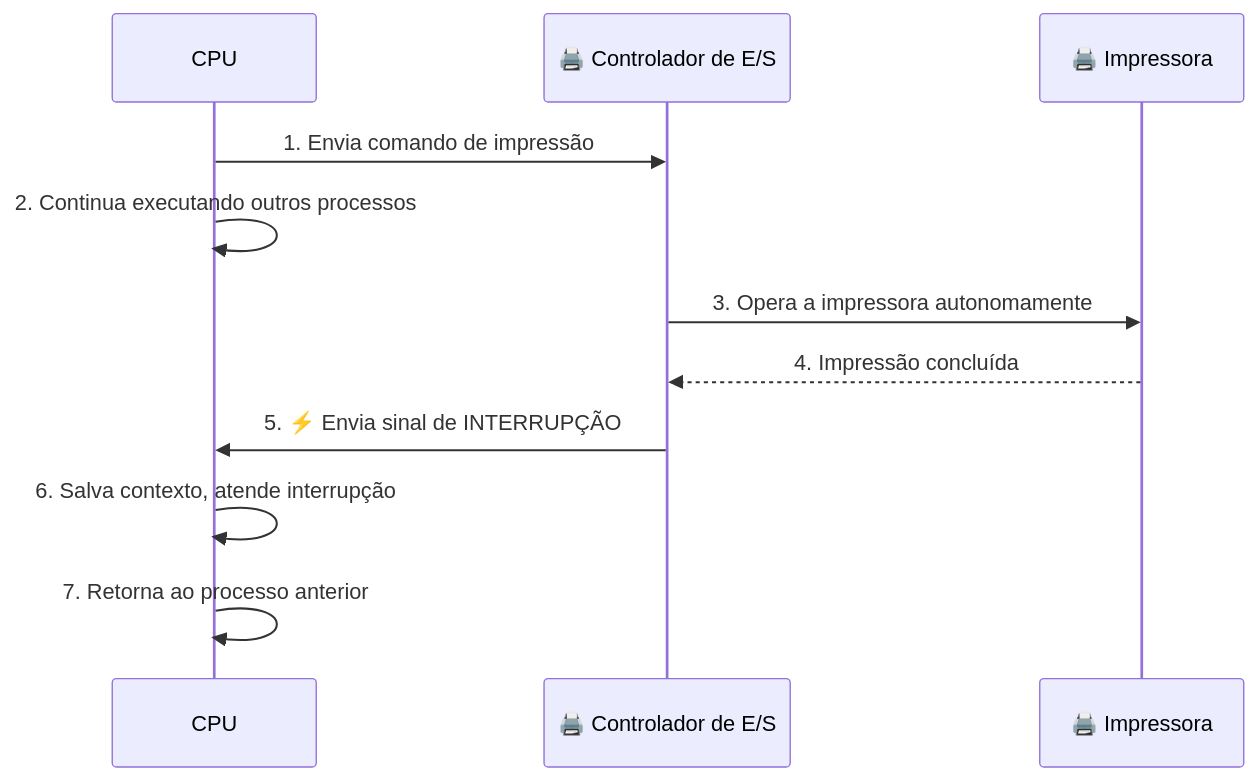
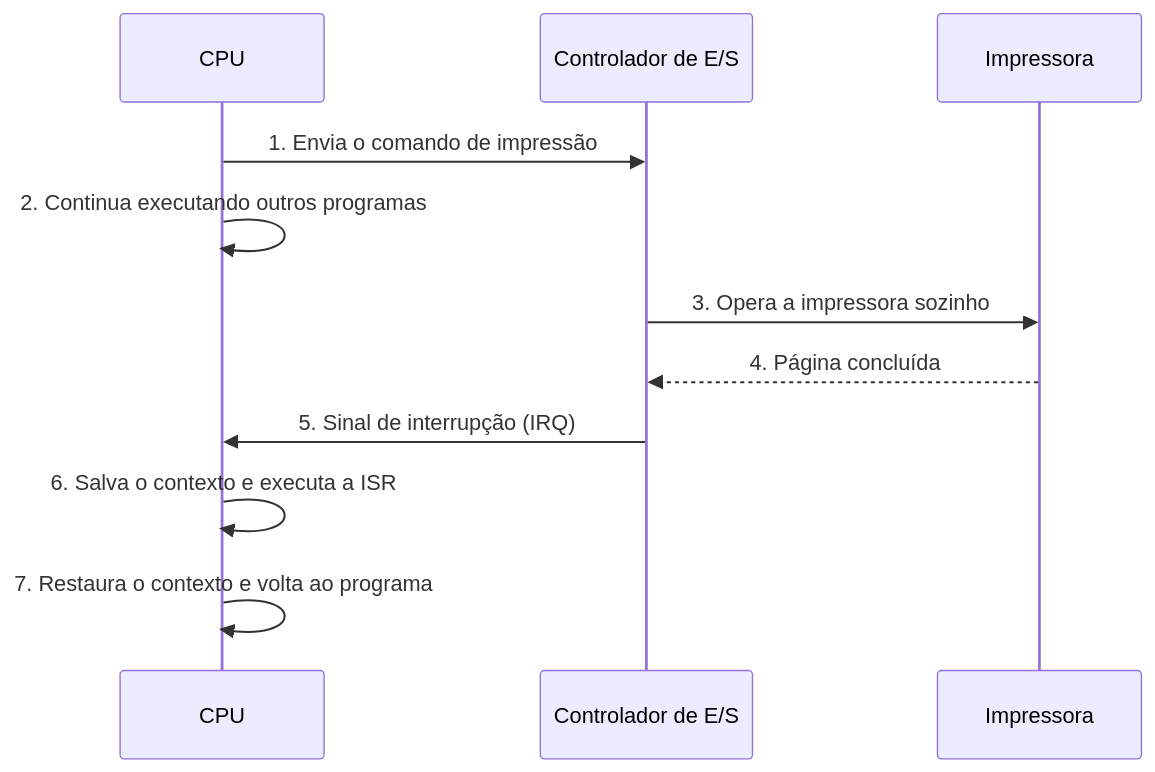
The diagram in content/Aula 09 - Mecanismos de Entrada e Saida.md (rofilho/arquitetura), drawn with Mermaid before and after one commit. The commit also changed other lines of this file and 3 other files, not shown here.

````diff
--- a/content/Aula 09 - Mecanismos de Entrada e Saida.md
+++ b/content/Aula 09 - Mecanismos de Entrada e Saida.md
@@ -99,14 +210,14 @@
 ```mermaid
 sequenceDiagram
     participant CPU
-    participant Controlador as 🖨️ Controlador de E/S
-    participant Dispositivo as 🖨️ Impressora
+    participant Controlador as Controlador de E/S
+    participant Dispositivo as Impressora
 
-    CPU->>Controlador: 1. Envia comando de impressão
-    CPU->>CPU: 2. Continua executando outros processos
-    Controlador->>Dispositivo: 3. Opera a impressora autonomamente
-    Dispositivo-->>Controlador: 4. Impressão concluída
-    Controlador->>CPU: 5. ⚡ Envia sinal de INTERRUPÇÃO
-    CPU->>CPU: 6. Salva contexto, atende interrupção
-    CPU->>CPU: 7. Retorna ao processo anterior
+    CPU->>Controlador: 1. Envia o comando de impressão
+    CPU->>CPU: 2. Continua executando outros programas
+    Controlador->>Dispositivo: 3. Opera a impressora sozinho
+    Dispositivo-->>Controlador: 4. Página concluída
+    Controlador->>CPU: 5. Sinal de interrupção (IRQ)
+    CPU->>CPU: 6. Salva o contexto e executa a ISR
+    CPU->>CPU: 7. Restaura o contexto e volta ao programa
 ```
````
